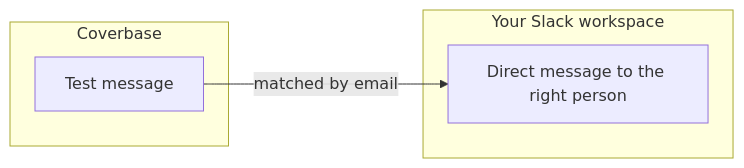
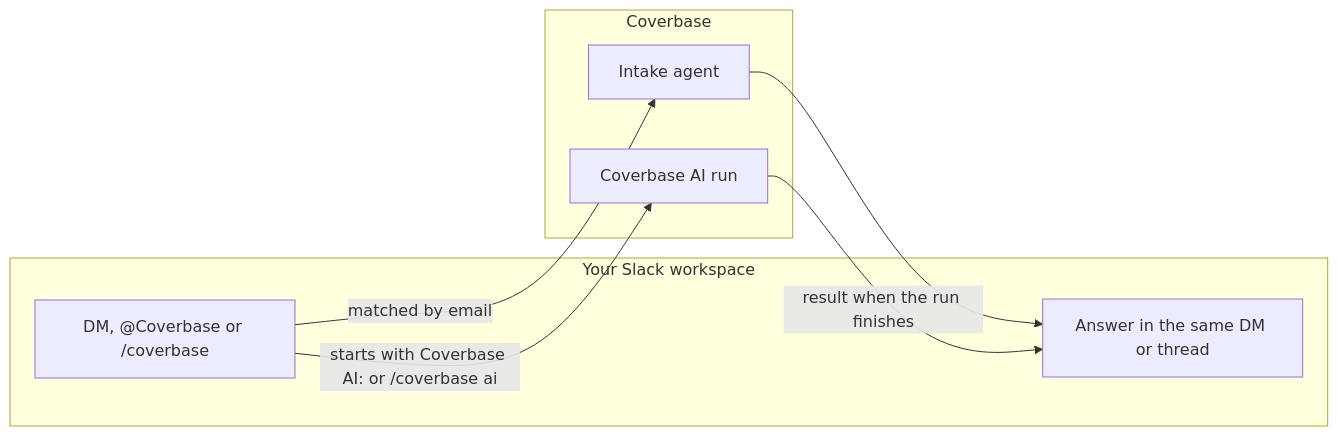
One commit to coverbasedev/docs changed the diagram in integrations/guides/slack.mdx. Above: the diagram before and after it, drawn with Mermaid. The commit also changed other lines of this file and 2 other files, not shown here.

First line of the commit message:
docs(integrations): Slack and Teams setup checklists, chat commands and Coverbase AI in chat

````diff
--- a/integrations/guides/slack.mdx
+++ b/integrations/guides/slack.mdx
@@ -17,10 +17,15 @@
 ```mermaid
 flowchart LR
+  subgraph slack["Your Slack workspace"]
+    ask["DM, @Coverbase or /coverbase"]
+    answer["Answer in the same DM or thread"]
+  end
   subgraph cb["Coverbase"]
-    test["Test message"]
+    intake["Intake agent"]
+    ai["Coverbase AI run"]
   end
-  subgraph slack["Your Slack workspace"]
-    dm["Direct message to the right person"]
-  end
-  test -->|matched by email| dm
+  ask -->|matched by email| intake
+  ask -->|"starts with Coverbase AI: or /coverbase ai"| ai
+  intake --> answer
+  ai -->|result when the run finishes| answer
 ```
````
